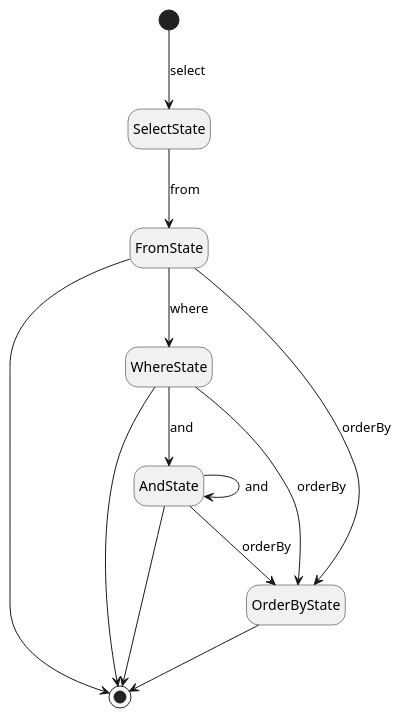
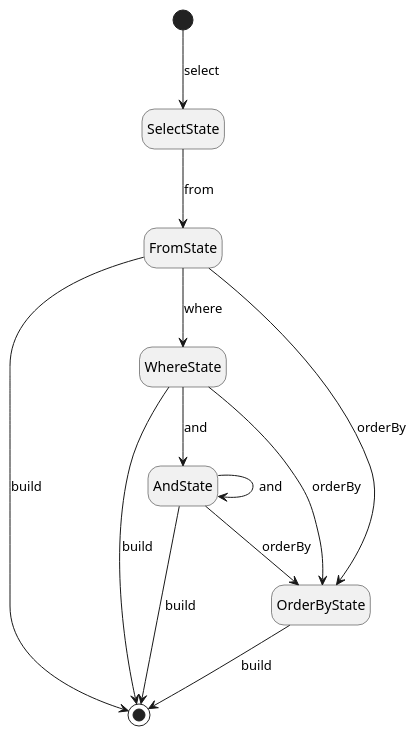
The diagram in content/sql-query-state-diagram.puml (colbs255/tech-blog), drawn with PlantUML before and after one commit.

Commit message:
progress

```diff
--- a/content/sql-query-state-diagram.puml
+++ b/content/sql-query-state-diagram.puml
@@ -1,17 +1,17 @@
 @startuml
 hide empty description
 [*] --> SelectState: select
 
 SelectState --> FromState: from
 FromState --> WhereState: where
 FromState --> OrderByState: orderBy
 WhereState --> OrderByState: orderBy
 WhereState --> AndState: and
 AndState --> AndState: and
 AndState --> OrderByState: orderBy
 
-AndState --> [*]
-FromState --> [*]
-WhereState --> [*]
-OrderByState --> [*]
+AndState --> [*]: build
+FromState --> [*]: build
+WhereState --> [*]: build
+OrderByState --> [*]: build
 @enduml
```
